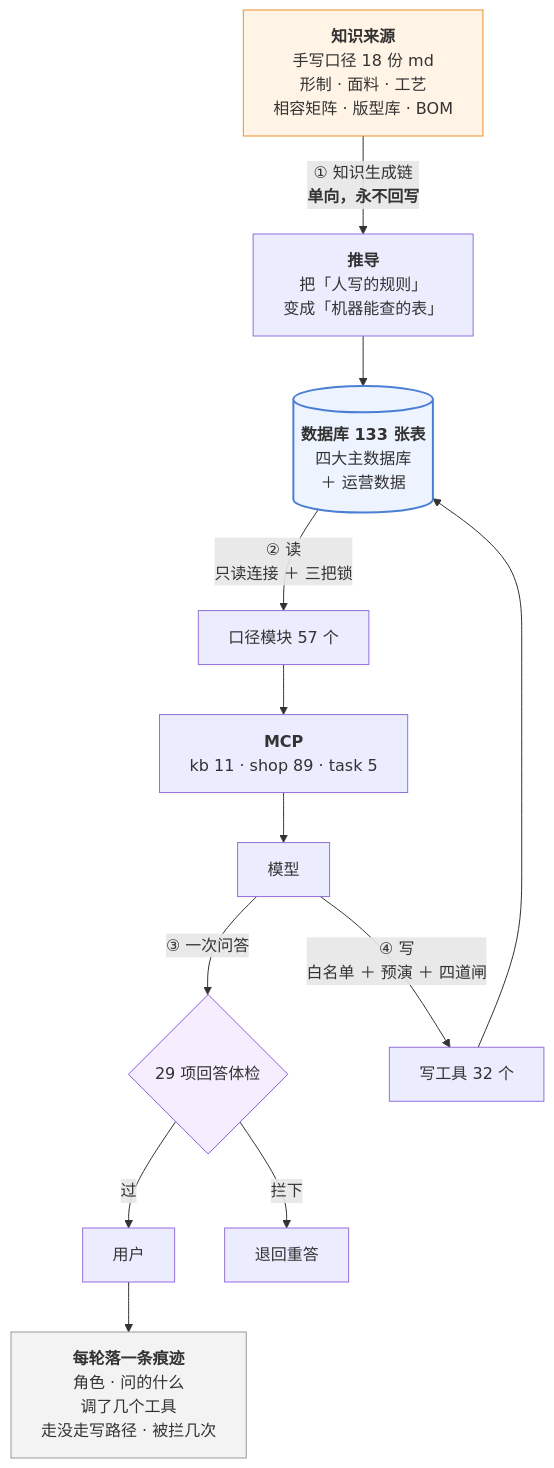
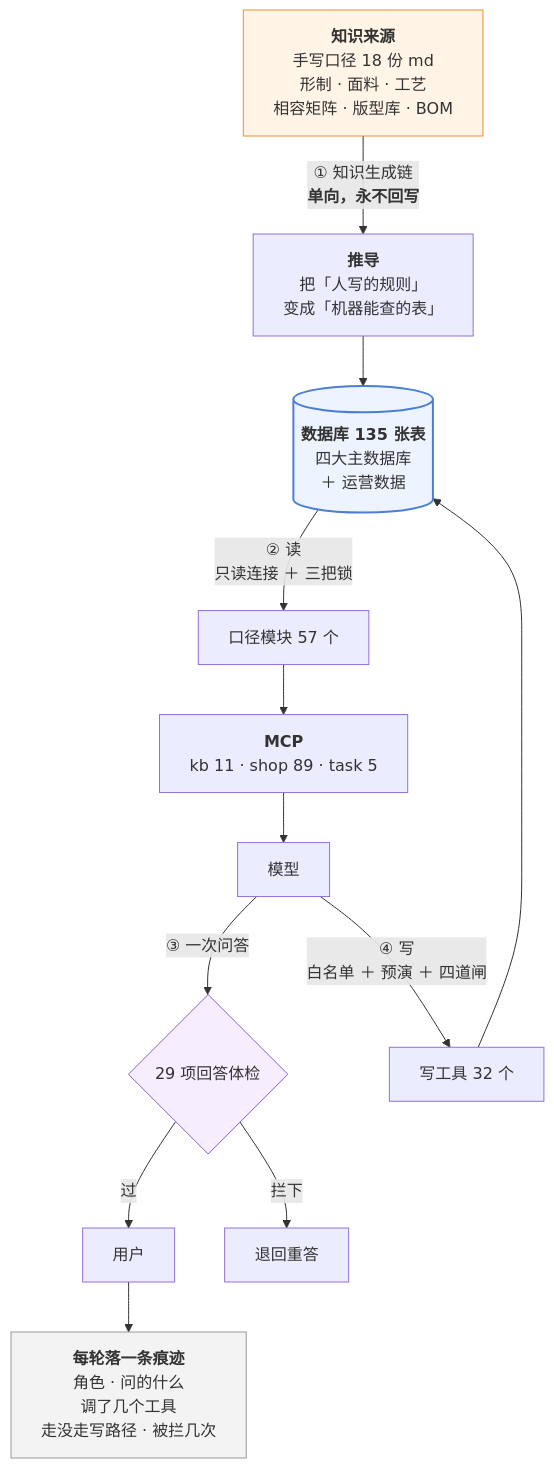
Before and after one commit to 843773296-rgb/lanxiu-yunshang-agent: the third of 3 diagrams in 澜绣云裳agent-产品说明.md, drawn with Mermaid. The commit also changed other lines of this file and 9 other files, not shown here.

````diff
--- a/澜绣云裳agent-产品说明.md
+++ b/澜绣云裳agent-产品说明.md
@@ -1050,24 +1050,24 @@
 ```mermaid
 flowchart TD
     MD["<b>知识来源</b><br/>手写口径 18 份 md<br/>形制 · 面料 · 工艺<br/>相容矩阵 · 版型库 · BOM"]
     MD -->|"① 知识生成链<br/><b>单向，永不回写</b>"| DV["<b>推导</b><br/>把「人写的规则」<br/>变成「机器能查的表」"]
-    DV --> DB[("<b>数据库 133 张表</b><br/>四大主数据库<br/>＋ 运营数据")]
+    DV --> DB[("<b>数据库 135 张表</b><br/>四大主数据库<br/>＋ 运营数据")]
 
     DB -->|"② 读<br/>只读连接 ＋ 三把锁"| KJ["口径模块 57 个"]
     KJ --> MCP["<b>MCP</b><br/>kb 11 · shop 89 · task 5"]
     MCP --> LLM["模型"]
 
     LLM -->|"③ 一次问答"| GD{"29 项回答体检"}
     GD -- 过 --> U["用户"]
     GD -- 拦下 --> RE["退回重答"]
 
     LLM -->|"④ 写<br/>白名单 ＋ 预演 ＋ 四道闸"| W["写工具 32 个"]
     W --> DB
 
     U --> TR["<b>每轮落一条痕迹</b><br/>角色 · 问的什么<br/>调了几个工具<br/>走没走写路径 · 被拦几次"]
 
     style MD fill:#fff4e6,stroke:#e8912d
     style DB fill:#eef4ff,stroke:#4a7fd4,stroke-width:2px
     style GD fill:#f6eeff,stroke:#8b5cd6
     style TR fill:#f3f3f3,stroke:#999
 ```
````
